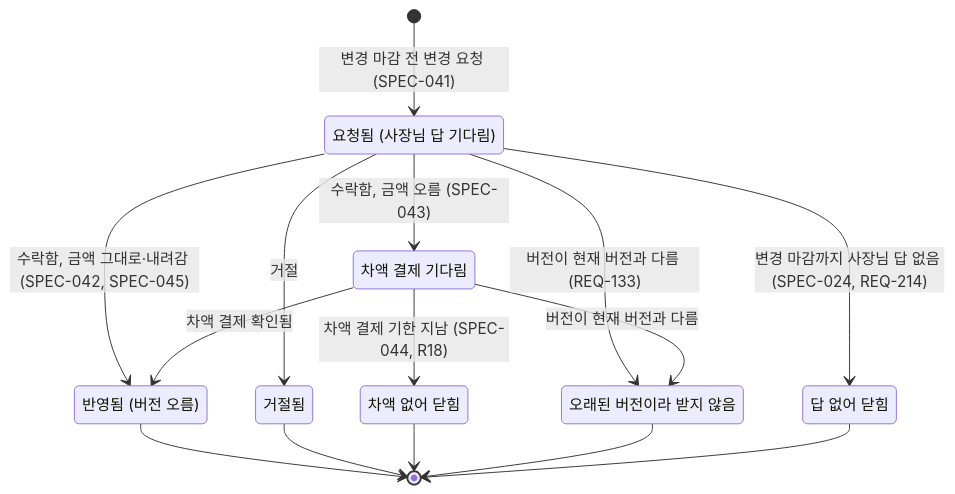
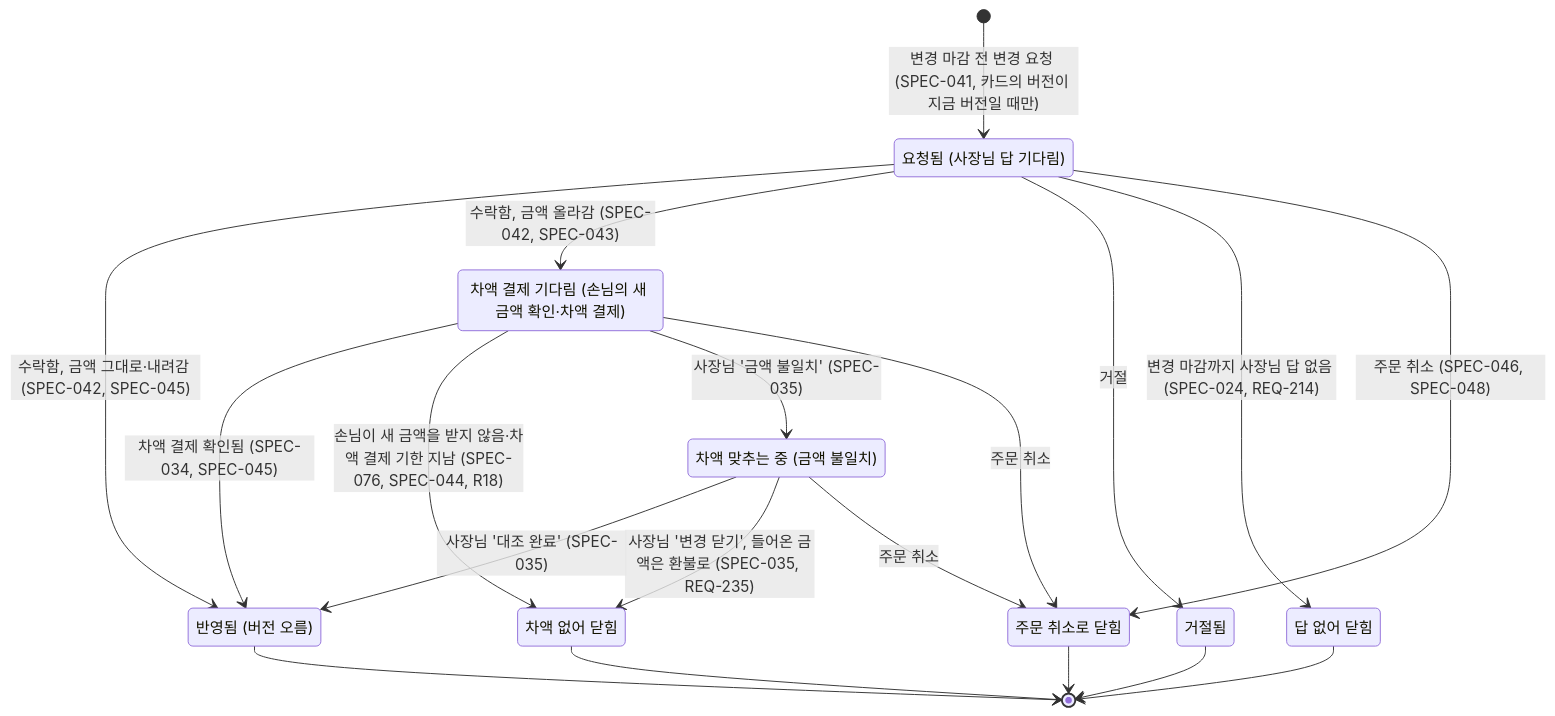
The fifth of 8 diagrams in docs/04-functional-spec/spec.md (kodonghui/siljang.ai), drawn with Mermaid before and after one commit. The commit also changed other lines of this file and 63 other files, not shown here.

````diff
--- a/docs/04-functional-spec/spec.md
+++ b/docs/04-functional-spec/spec.md
@@ -170,24 +173,29 @@
 ```mermaid
 stateDiagram-v2
   state "요청됨 (사장님 답 기다림)" as requested
-  state "차액 결제 기다림" as diff
+  state "차액 결제 기다림 (손님의 새 금액 확인·차액 결제)" as diff
+  state "차액 맞추는 중 (금액 불일치)" as mismatch
   state "반영됨 (버전 오름)" as applied
   state "거절됨" as rejected
   state "차액 없어 닫힘" as nodiff
-  state "오래된 버전이라 받지 않음" as stale
   state "답 없어 닫힘" as noanswer
-  [*] --> requested: 변경 마감 전 변경 요청 (SPEC-041)
+  state "주문 취소로 닫힘" as cancelled
+  [*] --> requested: 변경 마감 전 변경 요청 (SPEC-041, 카드의 버전이 지금 버전일 때만)
   requested --> applied: 수락함, 금액 그대로·내려감 (SPEC-042, SPEC-045)
-  requested --> diff: 수락함, 금액 오름 (SPEC-043)
+  requested --> diff: 수락함, 금액 올라감 (SPEC-042, SPEC-043)
   requested --> rejected: 거절
   requested --> noanswer: 변경 마감까지 사장님 답 없음 (SPEC-024, REQ-214)
-  diff --> applied: 차액 결제 확인됨
-  diff --> nodiff: 차액 결제 기한 지남 (SPEC-044, R18)
-  requested --> stale: 버전이 현재 버전과 다름 (REQ-133)
-  diff --> stale: 버전이 현재 버전과 다름
+  diff --> applied: 차액 결제 확인됨 (SPEC-034, SPEC-045)
+  diff --> nodiff: 손님이 새 금액을 받지 않음·차액 결제 기한 지남 (SPEC-076, SPEC-044, R18)
+  diff --> mismatch: 사장님 '금액 불일치' (SPEC-035)
+  mismatch --> applied: 사장님 '대조 완료' (SPEC-035)
+  mismatch --> nodiff: 사장님 '변경 닫기', 들어온 금액은 환불로 (SPEC-035, REQ-235)
+  requested --> cancelled: 주문 취소 (SPEC-046, SPEC-048)
+  diff --> cancelled: 주문 취소
+  mismatch --> cancelled: 주문 취소
   applied --> [*]
   rejected --> [*]
   nodiff --> [*]
-  stale --> [*]
   noanswer --> [*]
+  cancelled --> [*]
 ```
````
